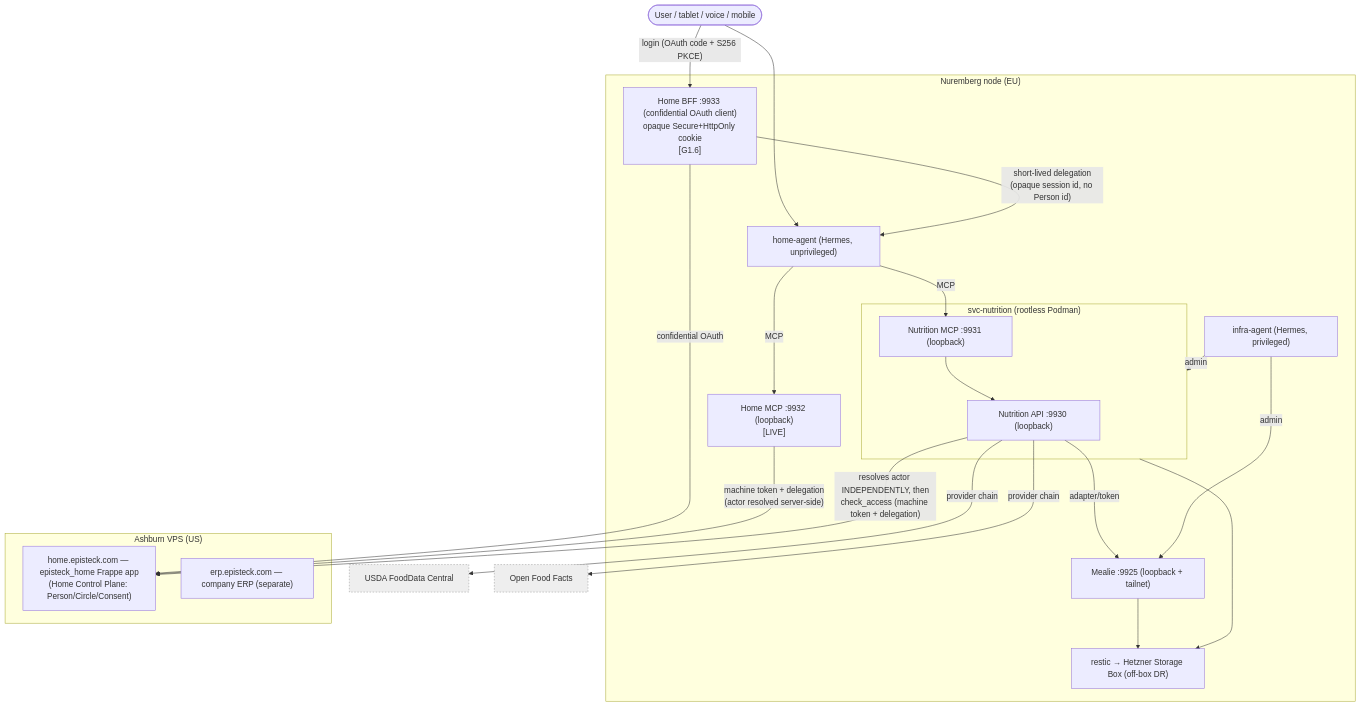
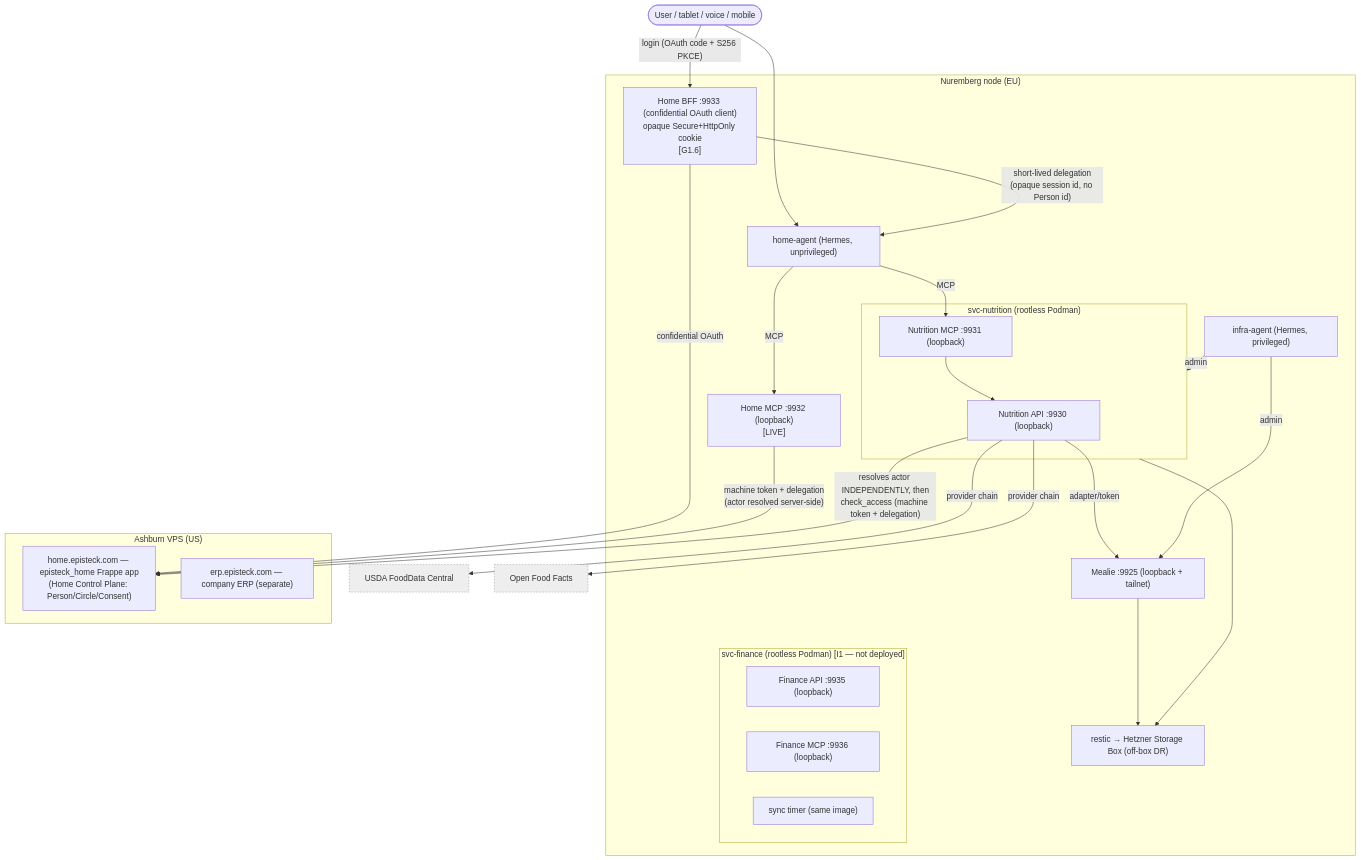
One commit to EKvargas/episteck_home changed the diagram in docs/architecture/ARCHITECTURE.md. Above: the diagram before and after it, drawn with Mermaid. The commit also changed other lines of this file and 10 other files, not shown here.

````diff
--- a/docs/architecture/ARCHITECTURE.md
+++ b/docs/architecture/ARCHITECTURE.md
@@ -34,44 +34,49 @@
 ```mermaid
 flowchart TB
   user([User / tablet / voice / mobile])
 
   subgraph NBG["Nuremberg node (EU)"]
     BFF["Home BFF :9933 (confidential OAuth client)<br/>opaque Secure+HttpOnly cookie<br/>[G1.6]"]
     HA["home-agent (Hermes, unprivileged)"]
     IA["infra-agent (Hermes, privileged)"]
     HMCP["Home MCP :9932 (loopback)<br/>[LIVE]"]
     subgraph NUT["svc-nutrition (rootless Podman)"]
       NAPI["Nutrition API :9930 (loopback)"]
       NMCP["Nutrition MCP :9931 (loopback)"]
+    end
+    subgraph FIN["svc-finance (rootless Podman) [I1 — not deployed]"]
+      FAPI["Finance API :9935 (loopback)"]
+      FMCP["Finance MCP :9936 (loopback)"]
+      FSYNC["sync timer (same image)"]
     end
     MEAL["Mealie :9925 (loopback + tailnet)"]
     BKP["restic → Hetzner Storage Box (off-box DR)"]
   end
 
   subgraph ASH["Ashburn VPS (US)"]
     HOME["home.episteck.com — episteck_home Frappe app<br/>(Home Control Plane: Person/Circle/Consent)"]
     ERP["erp.episteck.com — company ERP (separate)"]
   end
 
   FDC["USDA FoodData Central"]:::ext
   OFF["Open Food Facts"]:::ext
 
   user -- login (OAuth code + S256 PKCE) --> BFF
   BFF -- confidential OAuth --> HOME
   user --> HA
   BFF -- "short-lived delegation<br/>(opaque session id, no Person id)" --> HA
   HA -- MCP --> HMCP
   HA -- MCP --> NMCP
   HMCP -- "machine token + delegation<br/>(actor resolved server-side)" --> HOME
   NMCP --> NAPI
   NAPI -- adapter/token --> MEAL
   NAPI -- provider chain --> FDC
   NAPI -- provider chain --> OFF
   NAPI -- "resolves actor INDEPENDENTLY, then<br/>check_access (machine token + delegation)" --> HOME
   IA -- admin --> NUT
   IA -- admin --> MEAL
   NUT --> BKP
   MEAL --> BKP
 
   classDef ext fill:#eee,stroke:#999,stroke-dasharray:3 3;
 ```
````
